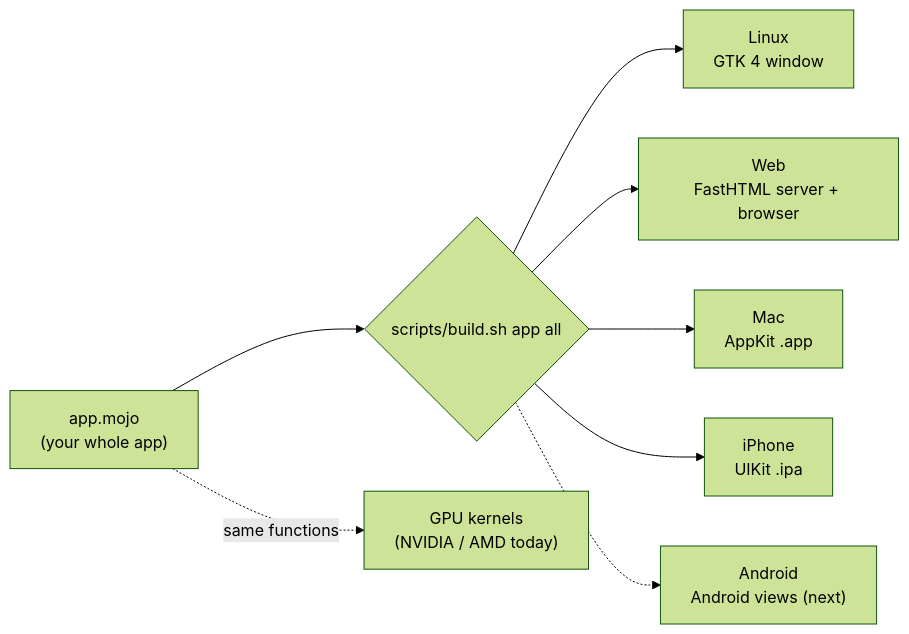
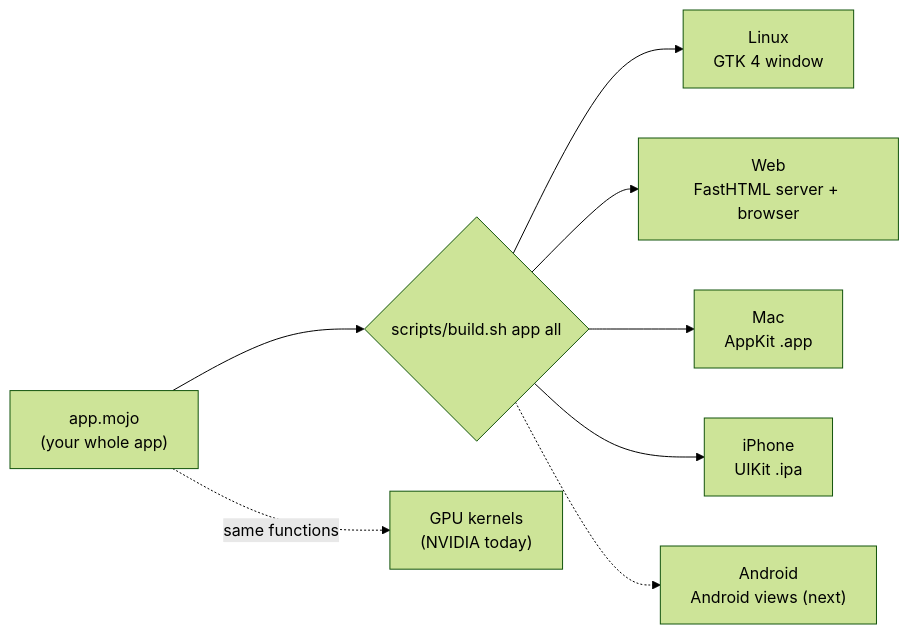
The diagram in README.md (abhisheksreesaila/mxapp), drawn with Mermaid (forest theme) before and after one commit. The commit also changed other lines of this file and 4 other files, not shown here.

````diff
--- a/README.md
+++ b/README.md
@@ -25,10 +25,10 @@
 ```mermaid
 flowchart LR
     A["app.mojo<br/>(your whole app)"] --> B{"scripts/build.sh app all"}
     B --> L["Linux<br/>GTK 4 window"]
     B --> W["Web<br/>FastHTML server + browser"]
     B --> M["Mac<br/>AppKit .app"]
     B --> I["iPhone<br/>UIKit .ipa"]
     B -.-> D["Android<br/>Android views (next)"]
-    A -. "same functions" .-> G["GPU kernels<br/>(NVIDIA / AMD today)"]
+    A -. "same functions" .-> G["GPU kernels<br/>(NVIDIA today)"]
 ```
````
